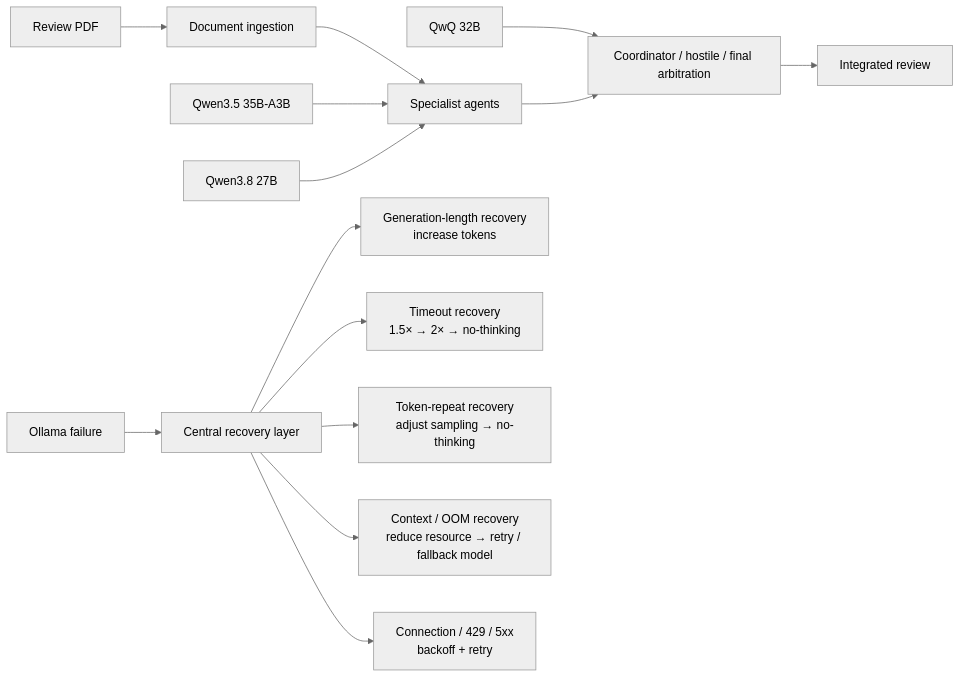
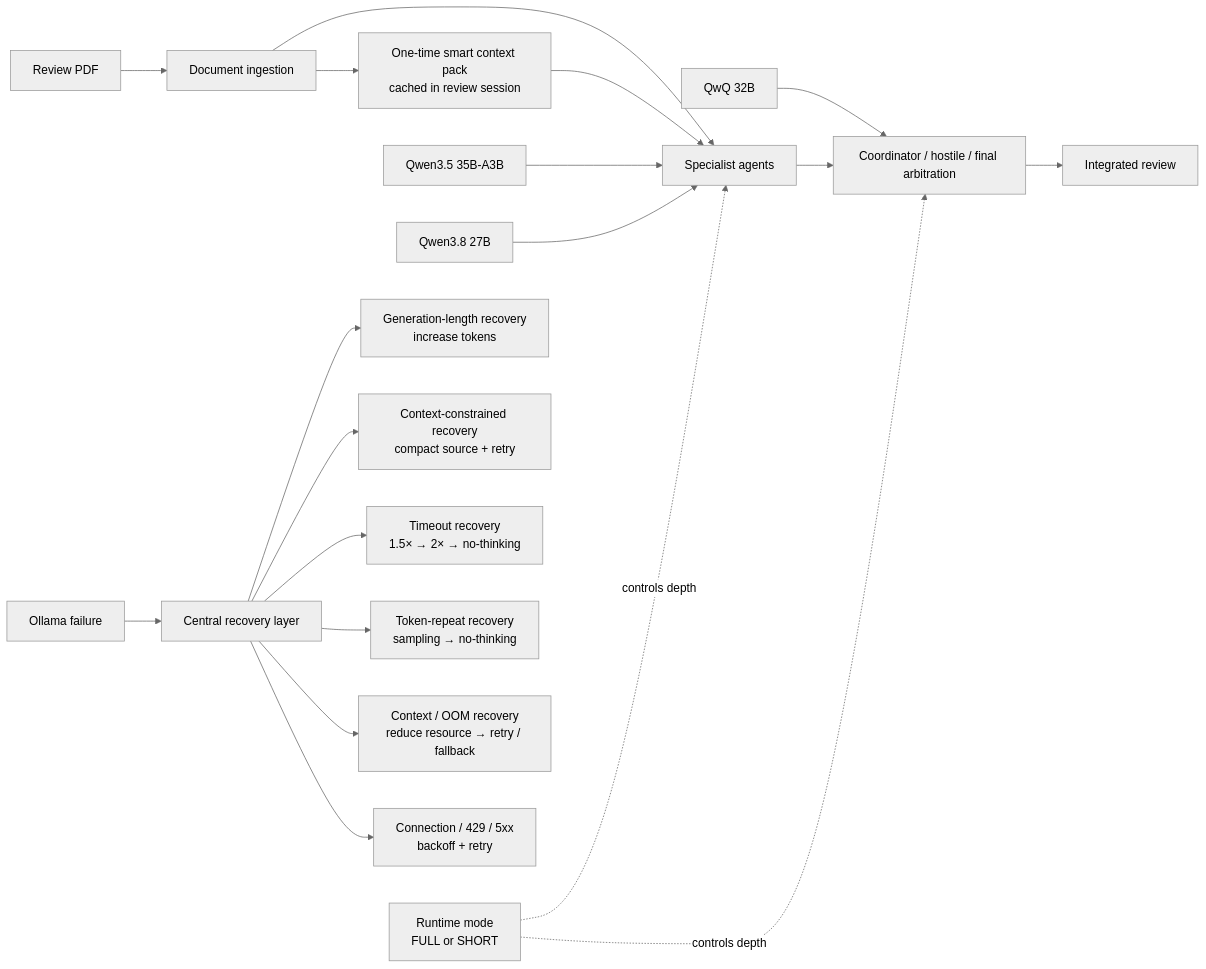
One commit to CRB20/deep_research_engine changed the eighth of 20 diagrams in README.md. Above: the diagram before and after it, drawn with Mermaid (neutral theme). The commit also changed other lines of this file and 2 other files, not shown here.

````diff
--- a/README.md
+++ b/README.md
@@ -932,19 +939,25 @@
 ```mermaid
 flowchart LR
     PDF[Review PDF] --> INGEST[Document ingestion]
+    INGEST --> PACK[One-time smart context pack<br/>cached in review session]
     INGEST --> SPEC[Specialist agents]
+    PACK --> SPEC
 
     Q35R[Qwen3.5 35B-A3B] --> SPEC
     Q38R[Qwen3.8 27B] --> SPEC
     QWQR[QwQ 32B] --> COORD[Coordinator / hostile / final arbitration]
 
     SPEC --> COORD
     COORD --> REVIEW[Integrated review]
 
+    MODE[Runtime mode<br/>FULL or SHORT] -. controls depth .-> SPEC
+    MODE -. controls depth .-> COORD
+
     FAIL[Ollama failure] --> REC[Central recovery layer]
     REC --> LENGTH[Generation-length recovery<br/>increase tokens]
+    REC --> CONTEXT[Context-constrained recovery<br/>compact source + retry]
     REC --> TIMEOUT[Timeout recovery<br/>1.5× → 2× → no-thinking]
-    REC --> REPEAT[Token-repeat recovery<br/>adjust sampling → no-thinking]
-    REC --> RESOURCE[Context / OOM recovery<br/>reduce resource → retry / fallback model]
+    REC --> REPEAT[Token-repeat recovery<br/>sampling → no-thinking]
+    REC --> RESOURCE[Context / OOM recovery<br/>reduce resource → retry / fallback]
     REC --> TRANSIENT[Connection / 429 / 5xx<br/>backoff + retry]
 ```
````
